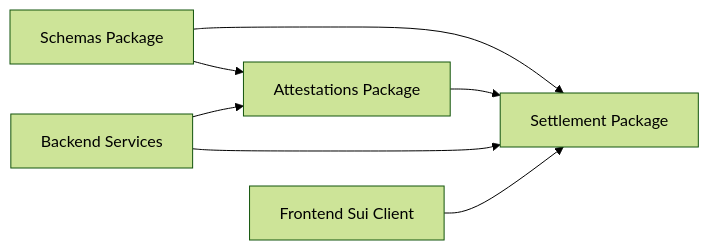
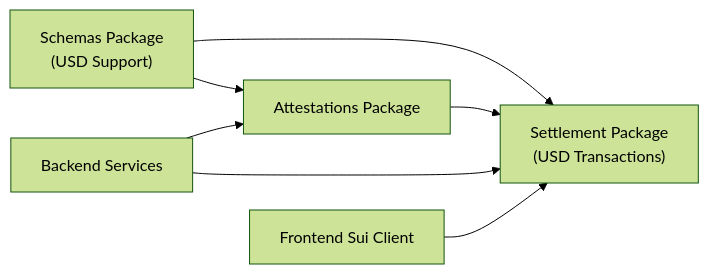
The sixth of 6 diagrams in .qoder/repowiki/en/content/Architecture Overview/Smart Contract Architecture.md (hieudepoet/Insurix), drawn with Mermaid (forest theme) before and after one commit. The commit also changed other lines of this file and 63 other files, not shown here.

````diff
--- a/.qoder/repowiki/en/content/Architecture Overview/Smart Contract Architecture.md
+++ b/.qoder/repowiki/en/content/Architecture Overview/Smart Contract Architecture.md
@@ -303,9 +317,9 @@
 ```mermaid
 graph LR
-Schemas["Schemas Package"] --> Attestations["Attestations Package"]
-Schemas --> Settlement["Settlement Package"]
+Schemas["Schemas Package<br/>(USD Support)"] --> Attestations["Attestations Package"]
+Schemas --> Settlement["Settlement Package<br/>(USD Transactions)"]
 Attestations --> Settlement
 Backend["Backend Services"] --> Attestations
 Backend --> Settlement
 Frontend["Frontend Sui Client"] --> Settlement
 ```
````
